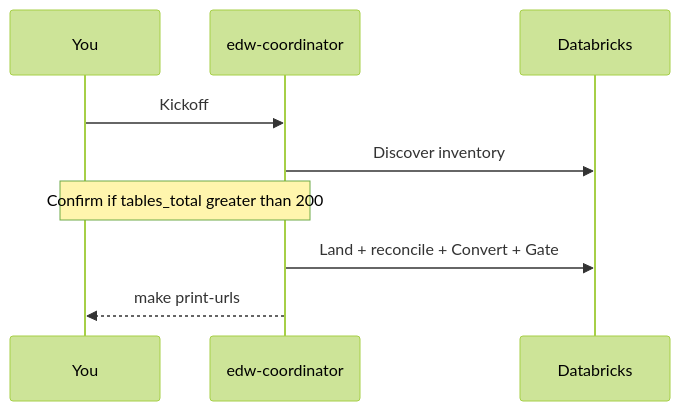
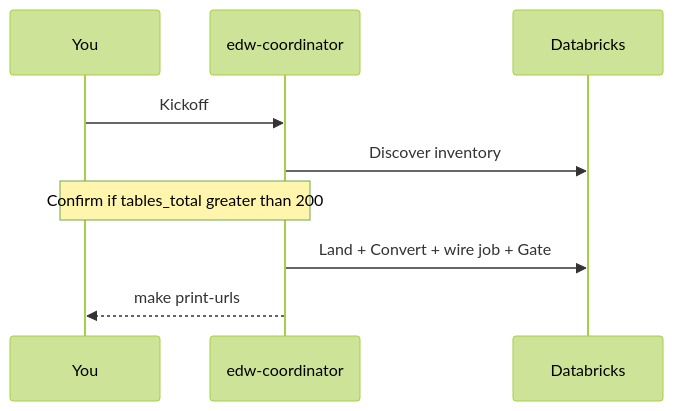
One commit to Jericho2010/edwmigration changed the second of 2 diagrams in docs/your-database.md. Above: the diagram before and after it, drawn with Mermaid (forest theme). The commit also changed other lines of this file and 124 other files, not shown here.

````diff
--- a/docs/your-database.md
+++ b/docs/your-database.md
@@ -121,11 +121,11 @@
 ```mermaid
 sequenceDiagram
   participant You
   participant Coord as edw-coordinator
   participant DBX as Databricks
   You->>Coord: Kickoff
   Coord->>DBX: Discover inventory
   Note over You,Coord: Confirm if tables_total greater than 200
-  Coord->>DBX: Land + reconcile + Convert + Gate
+  Coord->>DBX: Land + Convert + wire job + Gate
   Coord-->>You: make print-urls
 ```
````
